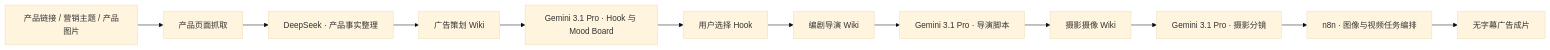
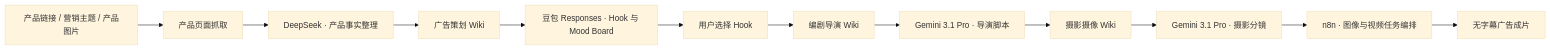
One commit to luoxiaohe0529-creator/ocean-glimmer-aigc changed the diagram in README.md. Above: the diagram before and after it, drawn with Mermaid (base theme). The commit also changed other lines of this file and 11 other files, not shown here.

Commit message:
Use Doubao Responses for Stage 1

````diff
--- a/README.md
+++ b/README.md
@@ -49,14 +49,14 @@
 ```mermaid
 flowchart LR
   INPUT["产品链接 / 营销主题 / 产品图片"] --> CRAWLER["产品页面抓取"]
   CRAWLER --> FACTS["DeepSeek · 产品事实整理"]
   FACTS --> KB1["广告策划 Wiki"]
-  KB1 --> GEMINI1["Gemini 3.1 Pro · Hook 与 Mood Board"]
-  GEMINI1 --> SELECT["用户选择 Hook"]
+  KB1 --> DOUBAO1["豆包 Responses · Hook 与 Mood Board"]
+  DOUBAO1 --> SELECT["用户选择 Hook"]
   SELECT --> KB2["编剧导演 Wiki"]
   KB2 --> GEMINI2["Gemini 3.1 Pro · 导演脚本"]
   GEMINI2 --> KB3["摄影摄像 Wiki"]
   KB3 --> GEMINI3["Gemini 3.1 Pro · 摄影分镜"]
   GEMINI3 --> N8N["n8n · 图像与视频任务编排"]
   N8N --> VIDEO["无字幕广告成片"]
 ```
````
